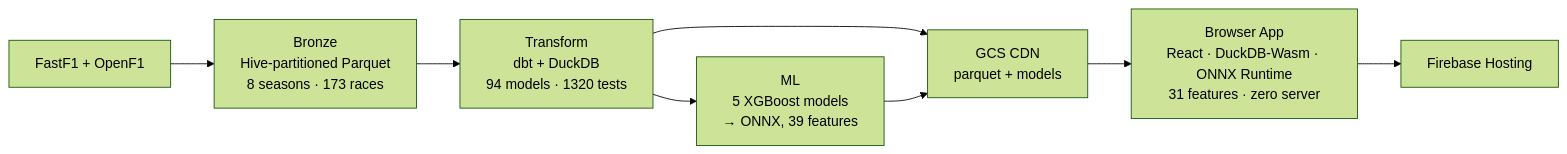
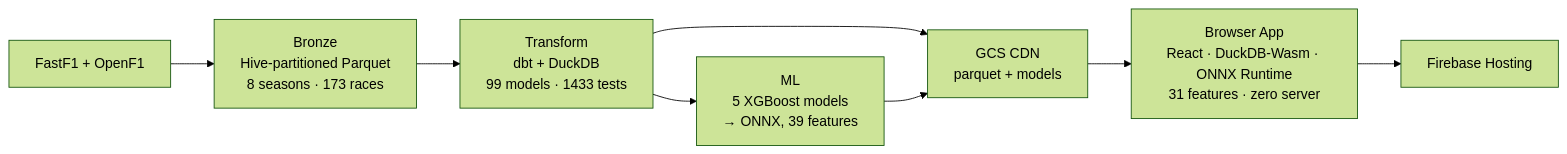
Before and after one commit to JustinClarke/off-the-pace: the diagram in README.md, drawn with Mermaid (forest theme). The commit also changed other lines of this file and 471 other files, not shown here.

````diff
--- a/README.md
+++ b/README.md
@@ -60,10 +62,10 @@
 ```mermaid
 flowchart LR
     A["FastF1 + OpenF1"] --> B["Bronze<br/>Hive-partitioned Parquet<br/>8 seasons · 173 races"]
-    B --> C["Transform<br/>dbt + DuckDB<br/>94 models · 1320 tests"]
+    B --> C["Transform<br/>dbt + DuckDB<br/>99 models · 1433 tests"]
     C --> D["ML<br/>5 XGBoost models<br/>→ ONNX, 39 features"]
     C --> E["GCS CDN<br/>parquet + models"]
     D --> E
     E --> F["Browser App<br/>React · DuckDB-Wasm · ONNX Runtime<br/>31 features · zero server"]
     F --> G["Firebase Hosting"]
 ```
````
